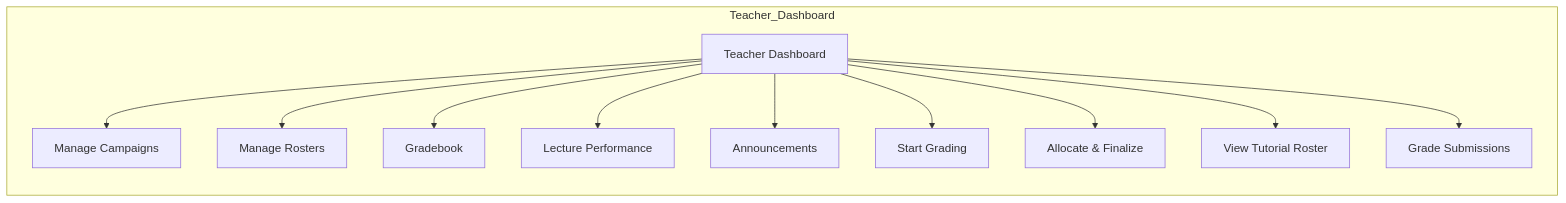
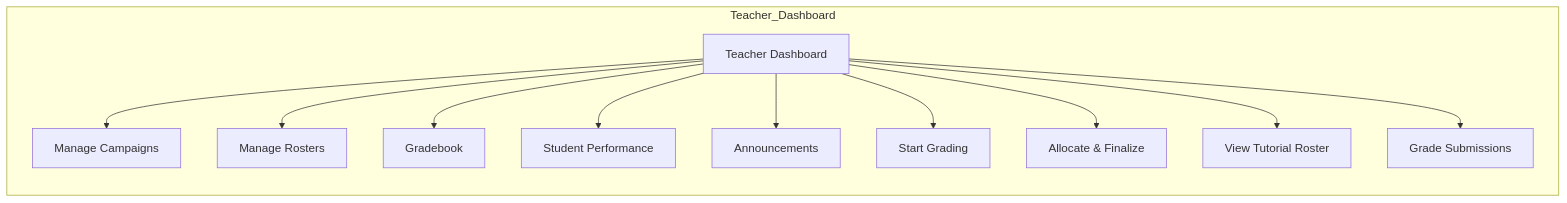
Diagram 13 of 13 in architecture/src/features/12-views.md (MaMpf-HD/mampf), drawn with Mermaid before and after one commit. The commit also changed other lines of this file and 16 other files, not shown here.

Commit message:
Replace "Lecture Performance" with "Student Performance"

````diff
--- a/architecture/src/features/12-views.md
+++ b/architecture/src/features/12-views.md
@@ -783,14 +783,14 @@
 ```mermaid
 flowchart LR
   subgraph Teacher_Dashboard
     DASH[Teacher Dashboard] --> CAMPAIGNS[Manage Campaigns]
     DASH --> ROSTERS[Manage Rosters]
     DASH --> GRADEBOOK[Gradebook]
-    DASH --> CERT[Lecture Performance]
+    DASH --> CERT[Student Performance]
     DASH --> ANNOUNCE[Announcements]
     DASH --> GRADE[Start Grading]
     DASH --> ALLOC[Allocate & Finalize]
     DASH --> TUTOR_ROSTER[View Tutorial Roster]
     DASH --> TUTOR_GRADE[Grade Submissions]
   end
 ```
````
